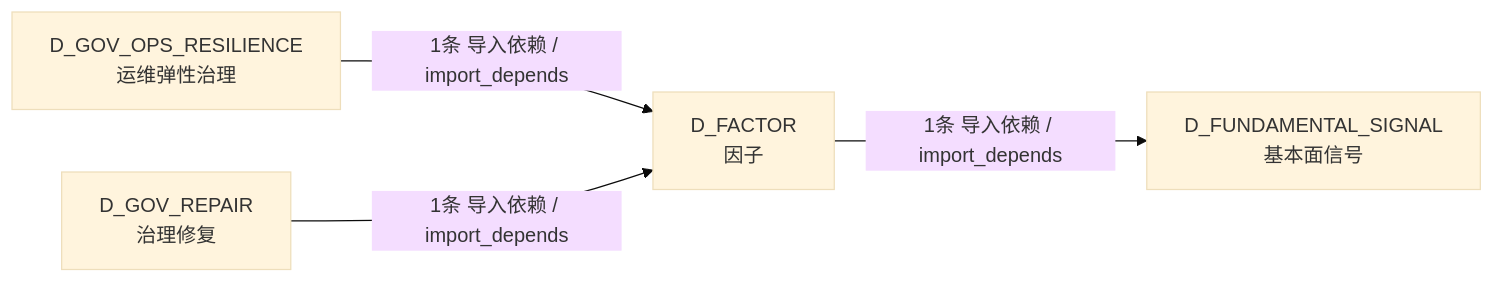
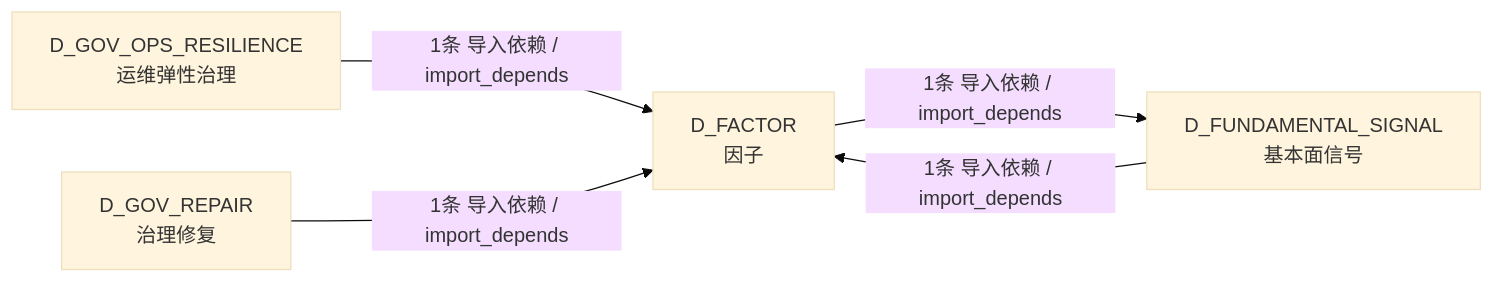
Before and after one commit to xuanFelixVan/ZephyrAlpha: the fourth of 4 diagrams in docs/02_enterprise_architecture/02_domain_architecture_docs/36_d_factor.md, drawn with Mermaid (base theme). The commit also changed other lines of this file and 126 other files, not shown here.

````diff
--- a/docs/02_enterprise_architecture/02_domain_architecture_docs/36_d_factor.md
+++ b/docs/02_enterprise_architecture/02_domain_architecture_docs/36_d_factor.md
@@ -192,10 +190,11 @@
 ```mermaid
 graph LR
     D_FACTOR["D_FACTOR<br/>因子"]
     D_FUNDAMENTAL_SIGNAL["D_FUNDAMENTAL_SIGNAL<br/>基本面信号"]
     D_GOV_OPS_RESILIENCE["D_GOV_OPS_RESILIENCE<br/>运维弹性治理"]
     D_GOV_REPAIR["D_GOV_REPAIR<br/>治理修复"]
     D_FACTOR -->|1条 导入依赖 / import_depends| D_FUNDAMENTAL_SIGNAL
+    D_FUNDAMENTAL_SIGNAL -->|1条 导入依赖 / import_depends| D_FACTOR
     D_GOV_OPS_RESILIENCE -->|1条 导入依赖 / import_depends| D_FACTOR
     D_GOV_REPAIR -->|1条 导入依赖 / import_depends| D_FACTOR
 ```
````
